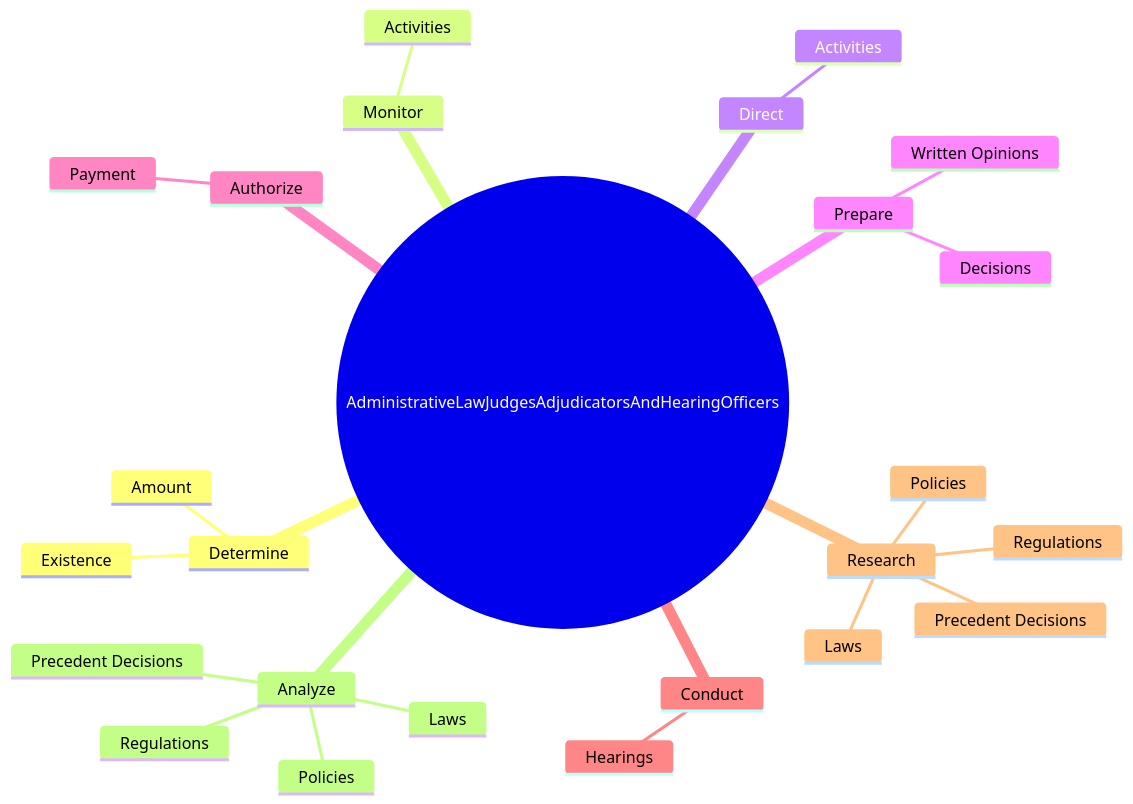
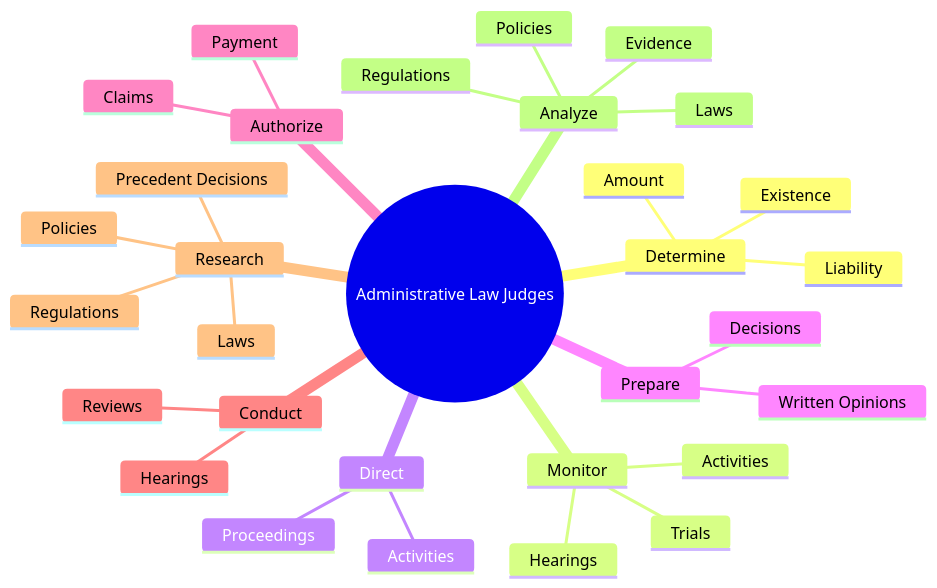
The second of 4 diagrams in occupations/Legal/AdministrativeLawJudgesAdjudicatorsAndHearingOfficers.mdx (kziemski/business.org.ai), drawn with Mermaid before and after one commit. The commit also changed other lines of this file and 938 other files, not shown here.

````diff
--- a/occupations/Legal/AdministrativeLawJudgesAdjudicatorsAndHearingOfficers.mdx
+++ b/occupations/Legal/AdministrativeLawJudgesAdjudicatorsAndHearingOfficers.mdx
@@ -37,28 +46,34 @@
 ```mermaid
 mindmap
-    root(("AdministrativeLawJudgesAdjudicatorsAndHearingOfficers"))
+    root(("Administrative Law Judges"))
         Determine
             Existence
             Amount
+            Liability
         Monitor
             Activities
+            Trials
+            Hearings
         Direct
             Activities
+            Proceedings
         Prepare
             Written Opinions
             Decisions
         Authorize
             Payment
+            Claims
         Conduct
             Hearings
+            Reviews
         Research
             Laws
             Regulations
             Policies
             Precedent Decisions
         Analyze
             Laws
             Regulations
+            Evidence
             Policies
-            Precedent Decisions
 ```
````
